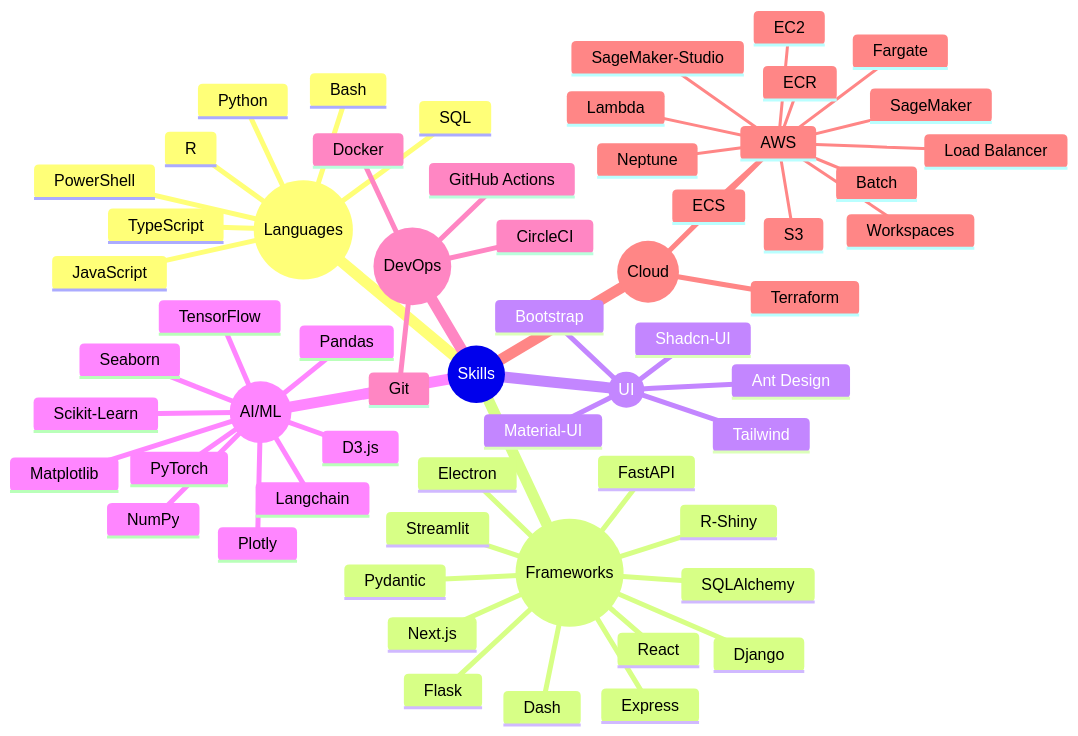
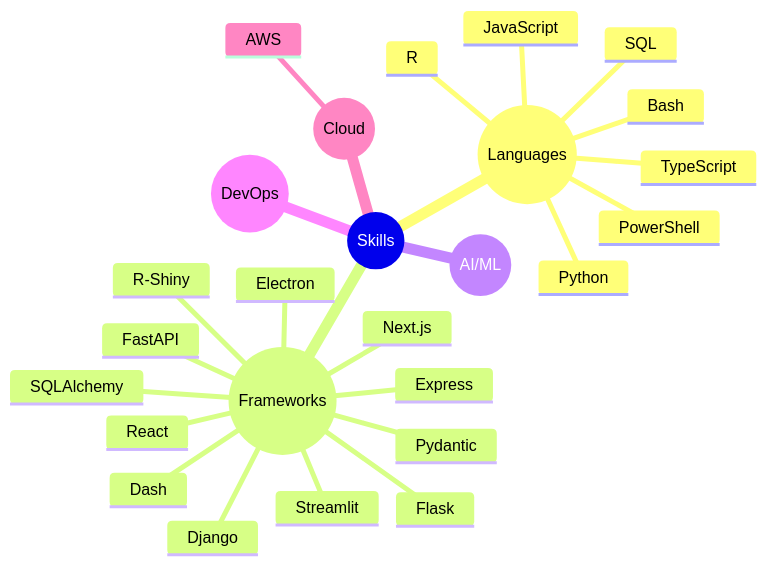
One commit to pr2tik1/pr2tik1 changed the diagram in README.md. Above: the diagram before and after it, drawn with Mermaid. The commit also changed other lines of this file, not shown here.

````diff
--- a/README.md
+++ b/README.md
@@ -10,62 +8,29 @@
 ```mermaid
 mindmap
   root((Skills))
     ((Languages))
       Python
       JavaScript
       TypeScript
       R
       SQL
       Bash
       PowerShell
     ((Frameworks))
       React
       Flask
       Django
       FastAPI
       Express
       Electron
       Next.js
       Dash
       R-Shiny
       Streamlit
       Pydantic
       SQLAlchemy
-    ((UI))
-      Material-UI
-      Tailwind
-      Shadcn-UI
-      Ant Design
-      Bootstrap
     ((AI/ML))
-      PyTorch
-      TensorFlow
-      Plotly
-      D3.js
-      Pandas
-      NumPy
-      Matplotlib
-      Seaborn
-      Scikit-Learn
-      Langchain
     ((DevOps))
-      Git
-      Docker
-      CircleCI
-      GitHub Actions
     ((Cloud))
       AWS
-        S3
-        Lambda
-        SageMaker
-        SageMaker-Studio
-        Batch
-        ECR
-        Fargate
-        EC2
-        Workspaces
-        Neptune
-        ECS
-        Load Balancer
-      Terraform
 ```
````
